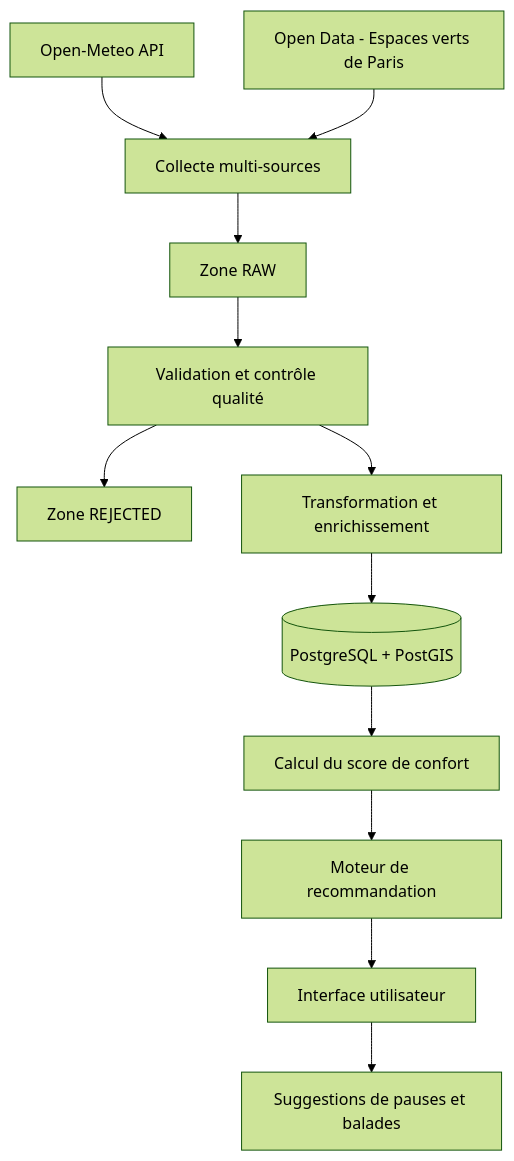
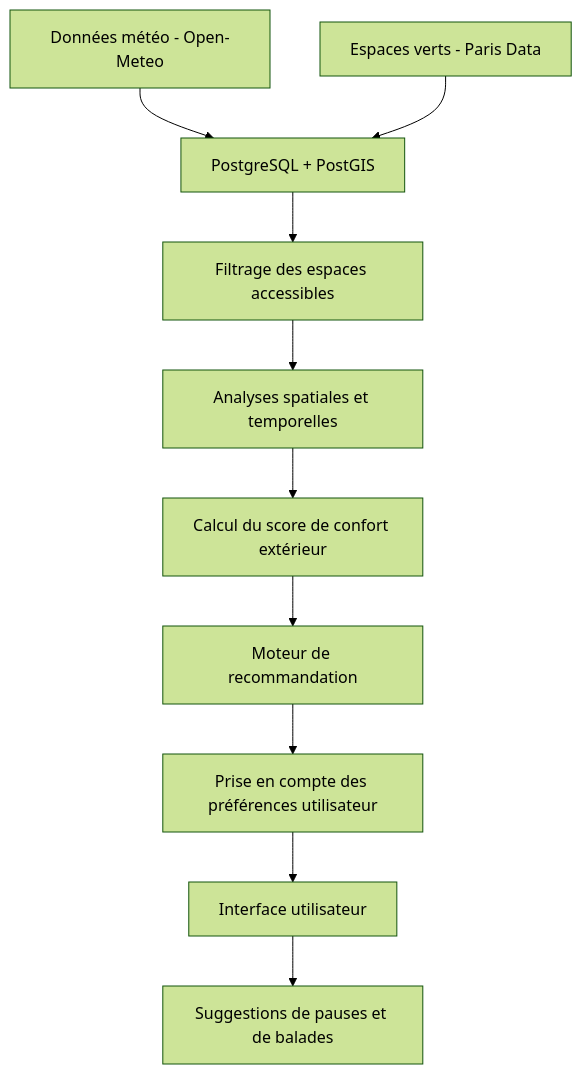
One commit to Abirdaboussi/SmartBreak changed the second of 4 diagrams in docs/architecture/architecture.md. Above: the diagram before and after it, drawn with Mermaid (forest theme). The commit also changed other lines of this file and 13 other files, not shown here.

Commit message:
feat: integrate Paris green spaces data source

````diff
--- a/docs/architecture/architecture.md
+++ b/docs/architecture/architecture.md
@@ -27,14 +87,13 @@
 ```mermaid
 flowchart TD
-    A["Open-Meteo API"] --> C["Collecte multi-sources"]
-    B["Open Data - Espaces verts de Paris"] --> C
-    C --> D["Zone RAW"]
-    D --> E["Validation et contrôle qualité"]
-    E --> F["Zone REJECTED"]
-    E --> G["Transformation et enrichissement"]
-    G --> H[("PostgreSQL + PostGIS")]
-    H --> I["Calcul du score de confort"]
-    I --> J["Moteur de recommandation"]
-    J --> K["Interface utilisateur"]
-    K --> L["Suggestions de pauses et balades"]
+    A["Données météo - Open-Meteo"] --> C["PostgreSQL + PostGIS"]
+    B["Espaces verts - Paris Data"] --> C
+
+    C --> D["Filtrage des espaces accessibles"]
+    D --> E["Analyses spatiales et temporelles"]
+    E --> F["Calcul du score de confort extérieur"]
+    F --> G["Moteur de recommandation"]
+    G --> H["Prise en compte des préférences utilisateur"]
+    H --> I["Interface utilisateur"]
+    I --> J["Suggestions de pauses et de balades"]
 ```
````
